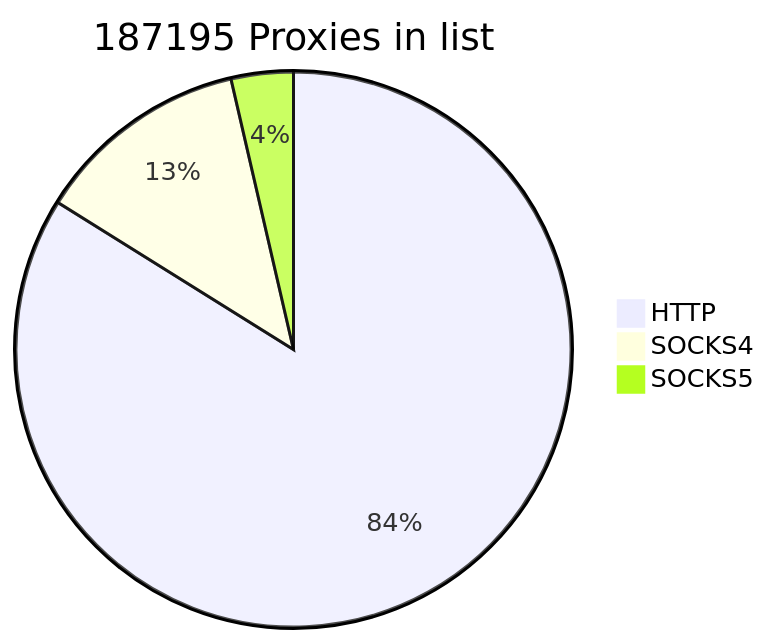
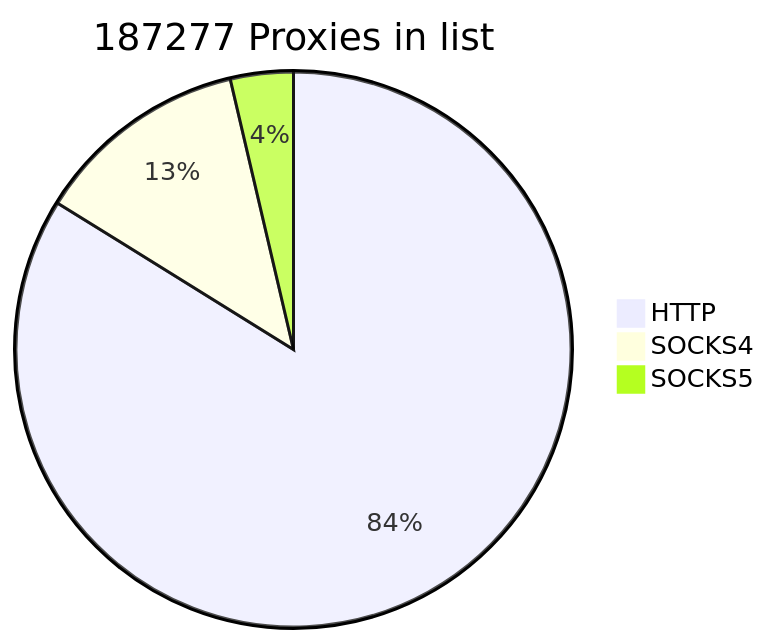
Before and after one commit to cutipu/proxylist: the first of 2 diagrams in README.md, drawn with Mermaid. The commit also changed other lines of this file, not shown here.

````diff
--- a/README.md
+++ b/README.md
@@ -2,7 +2,7 @@
 ```mermaid
-pie title 187195 Proxies in list
+pie title 187277 Proxies in list
     "HTTP" : 157014
     "SOCKS4" : 23415
-    "SOCKS5" : 6766
+    "SOCKS5" : 6848
             
 ```
````
